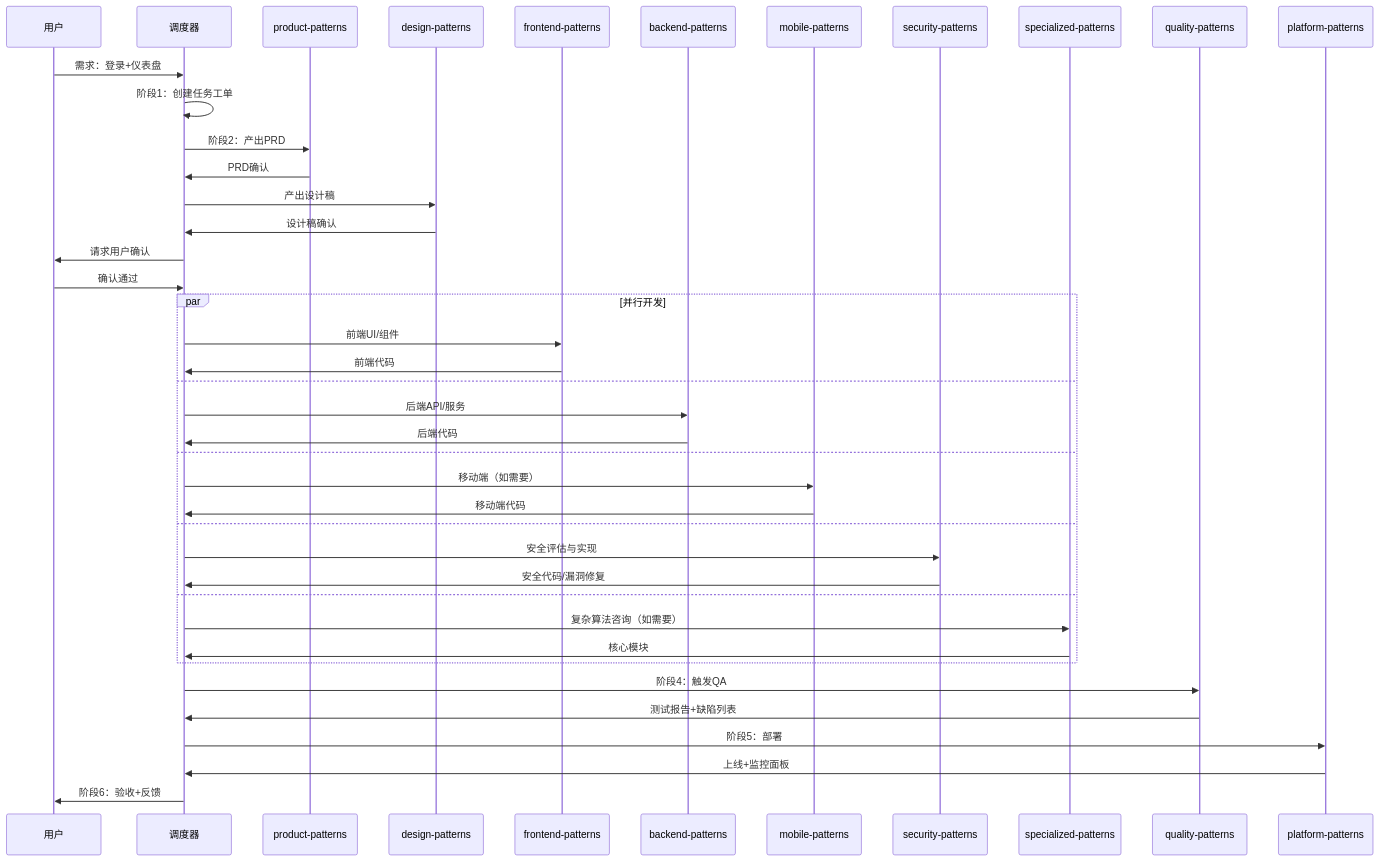
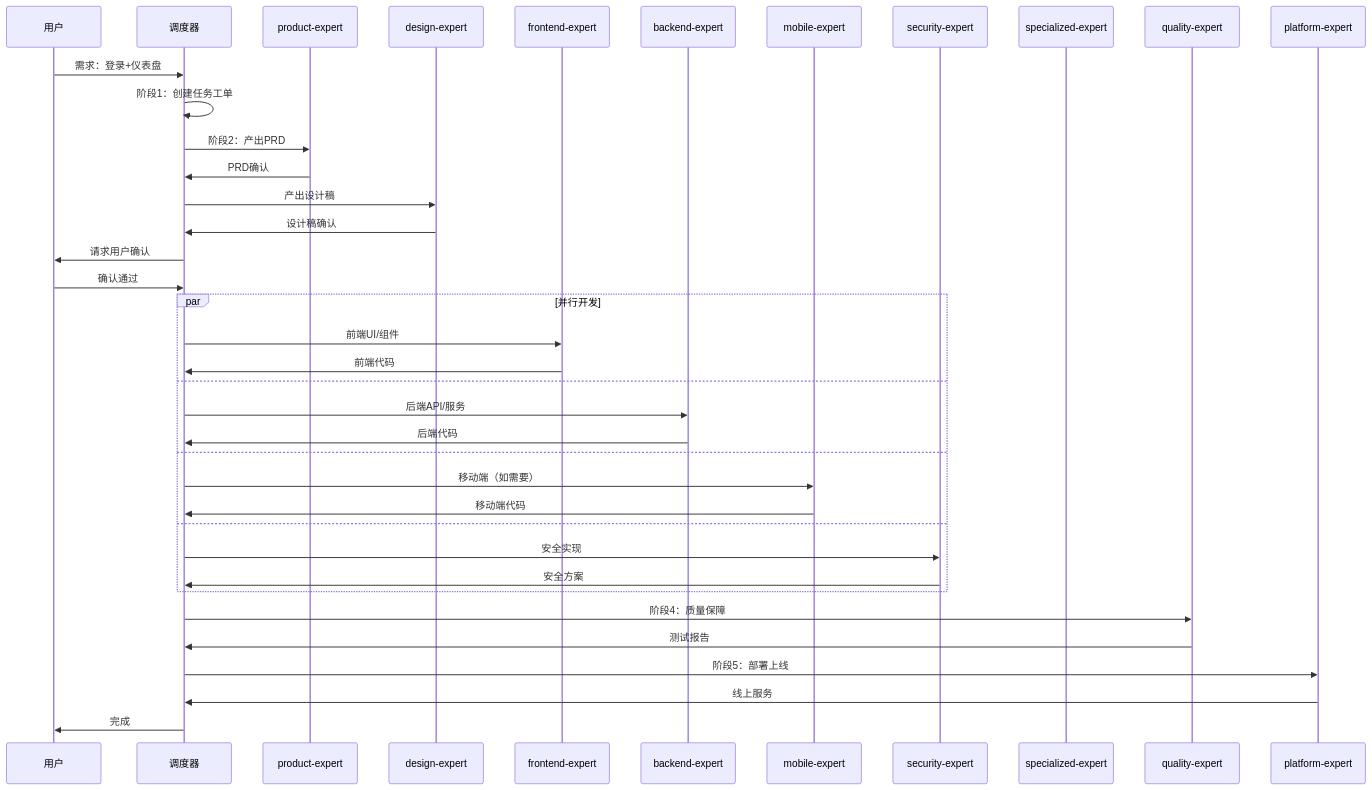
One commit to Tooooommy/Trae-Workflow changed the second of 2 diagrams in agents/orchestrator.md. Above: the diagram before and after it, drawn with Mermaid. The commit also changed other lines of this file and 24 other files, not shown here.

````diff
--- a/agents/orchestrator.md
+++ b/agents/orchestrator.md
@@ -329,44 +329,41 @@
 ```mermaid
 sequenceDiagram
     participant U as 用户
     participant O as 调度器
-    participant P as product-patterns
-    participant D as design-patterns
-    participant FE as frontend-patterns
-    participant BE as backend-patterns
-    participant M as mobile-patterns
-    participant Sec as security-patterns
-    participant S as specialized-patterns
-    participant Q as quality-patterns
-    participant Ops as platform-patterns
+    participant P as product-expert
+    participant D as design-expert
+    participant FE as frontend-expert
+    participant BE as backend-expert
+    participant M as mobile-expert
+    participant Sec as security-expert
+    participant S as specialized-expert
+    participant Q as quality-expert
+    participant Ops as platform-expert
 
     U->>O: 需求：登录+仪表盘
     O->>O: 阶段1：创建任务工单
     O->>P: 阶段2：产出PRD
     P->>O: PRD确认
     O->>D: 产出设计稿
     D->>O: 设计稿确认
     O->>U: 请求用户确认
     U->>O: 确认通过
     par 并行开发
         O->>FE: 前端UI/组件
         FE->>O: 前端代码
     and
         O->>BE: 后端API/服务
         BE->>O: 后端代码
     and
         O->>M: 移动端（如需要）
         M->>O: 移动端代码
     and
-        O->>Sec: 安全评估与实现
-        Sec->>O: 安全代码/漏洞修复
-    and
-        O->>S: 复杂算法咨询（如需要）
-        S->>O: 核心模块
+        O->>Sec: 安全实现
+        Sec->>O: 安全方案
     end
-    O->>Q: 阶段4：触发QA
-    Q->>O: 测试报告+缺陷列表
-    O->>Ops: 阶段5：部署
-    Ops->>O: 上线+监控面板
-    O->>U: 阶段6：验收+反馈
+    O->>Q: 阶段4：质量保障
+    Q->>O: 测试报告
+    O->>Ops: 阶段5：部署上线
+    Ops->>O: 线上服务
+    O->>U: 完成
 ```
````
